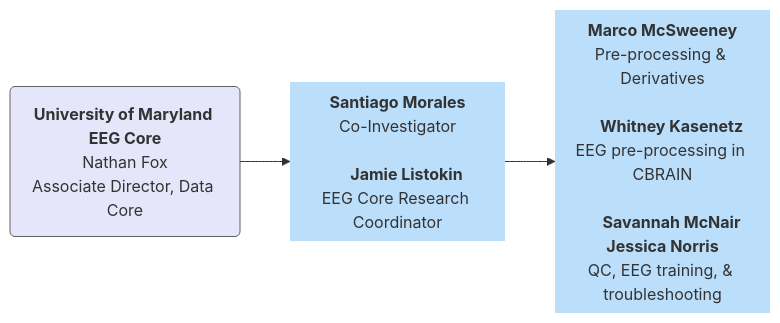
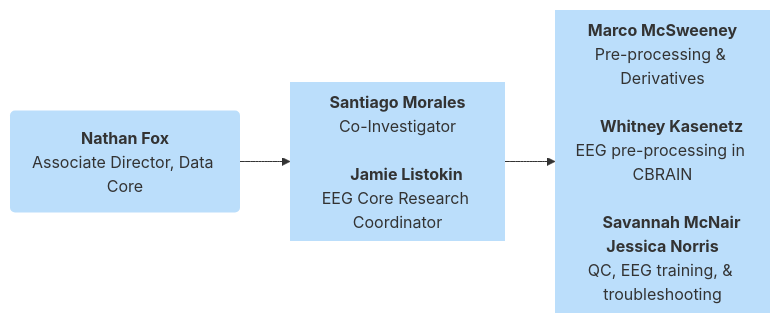
Before and after one commit to DCAN-Labs/hbcd-docs-internal: the ninth of 10 diagrams in docs/orgcharts.md, drawn with Mermaid.

Commit message:
fix UMD chart

````diff
--- a/docs/orgcharts.md
+++ b/docs/orgcharts.md
@@ -659,18 +659,18 @@
 ```mermaid
 ---
 config:
   layout: dagre
 ---
 flowchart LR
-    n16["<b>University of Maryland EEG Core</b><br>Nathan Fox<br>Associate Director, Data Core"] --> UMD2["<b>Santiago Morales</b><br>Co-Investigator<br>
+    n16["<b>Nathan Fox</b><br>Associate Director, Data Core"] --> UMD2["<b>Santiago Morales</b><br>Co-Investigator<br>
     <b>Jamie Listokin</b><br>EEG Core Research Coordinator"]
     UMD2 --> UMD3["<b>Marco McSweeney</b><br>Pre-processing &amp; Derivatives<br>
     <b>Whitney Kasenetz</b><br>EEG pre-processing in CBRAIN<br>
     <b>Savannah McNair</b><br><b>Jessica Norris</b><br>QC, EEG training, &amp; troubleshooting"]
     n16@{ shape: rounded}
     UMD2@{ shape: text}
     UMD3@{ shape: text}
-    style n16 fill:#e6e6fa,stroke:#616161
+    style n16 fill:#BBDEFB,stroke:none
     style UMD2 fill:#BBDEFB
     style UMD3 fill:#BBDEFB
 ```
````
